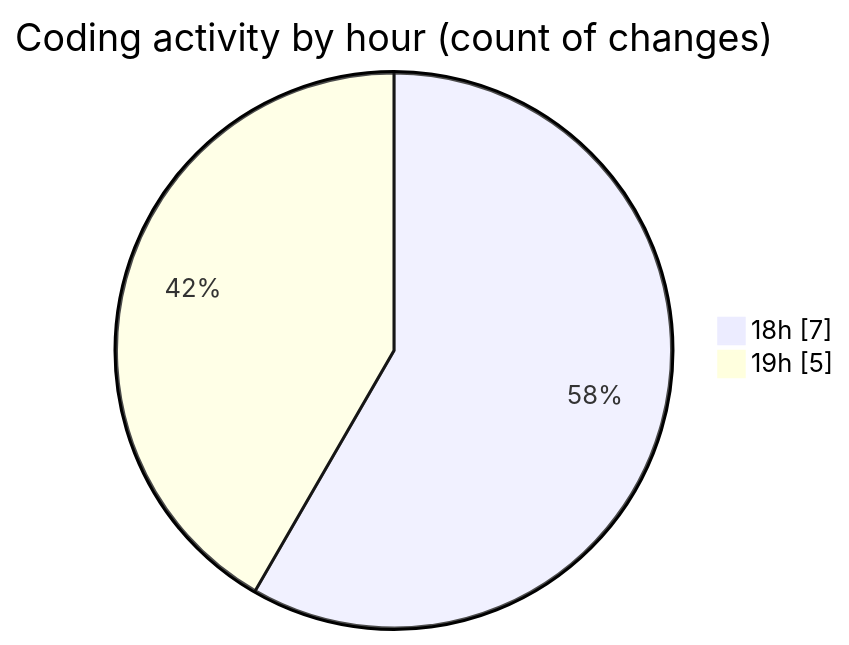
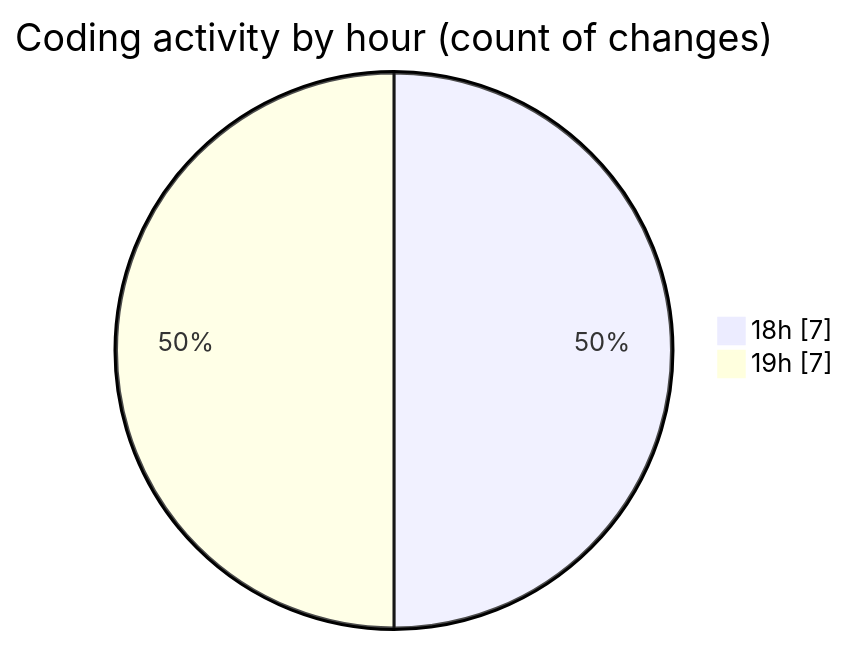
Before and after one commit to JenPaints/code-tracking: the second of 2 diagrams in 2025-07-11/playgram-motion-arena-main/README.md, drawn with Mermaid. The commit also changed other lines of this file and 1 other file, not shown here.

````diff
--- a/2025-07-11/playgram-motion-arena-main/README.md
+++ b/2025-07-11/playgram-motion-arena-main/README.md
@@ -34,6 +34,6 @@
 ```mermaid
 pie showData
 title Coding activity by hour (count of changes)
 "18h" : 7
-"19h" : 5
+"19h" : 7
 ```
````
